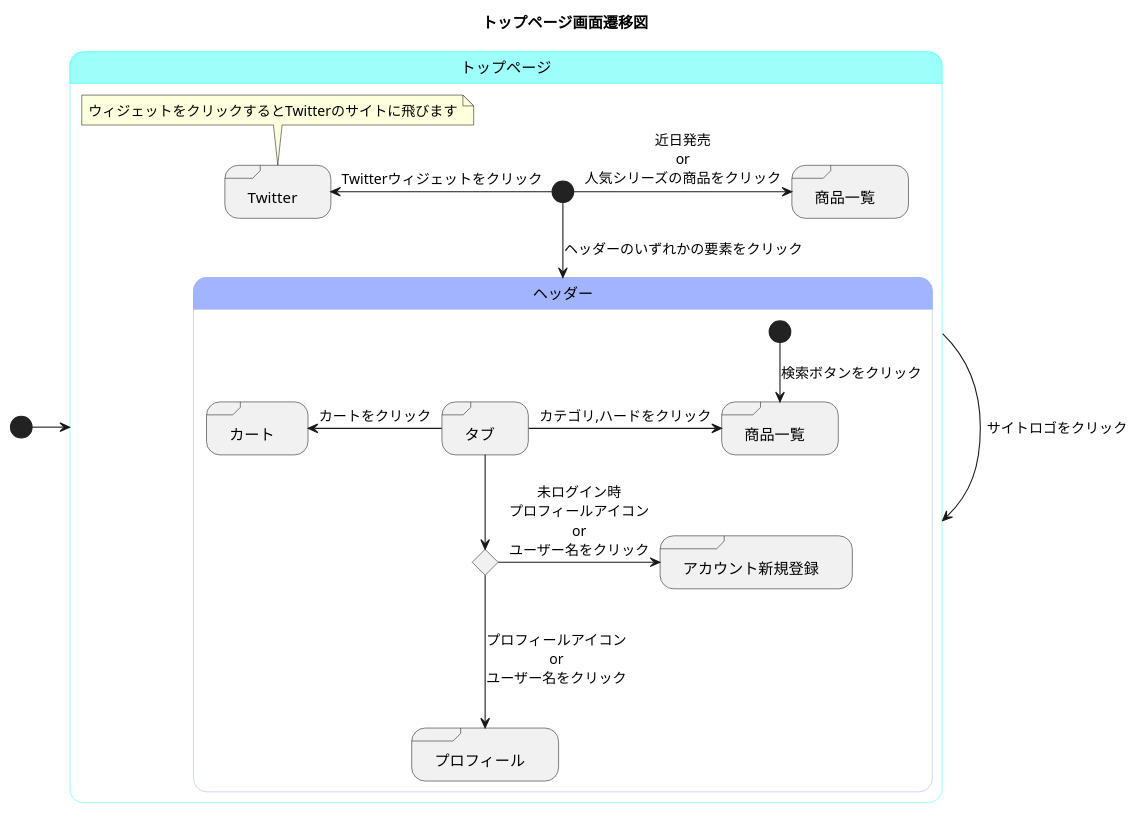
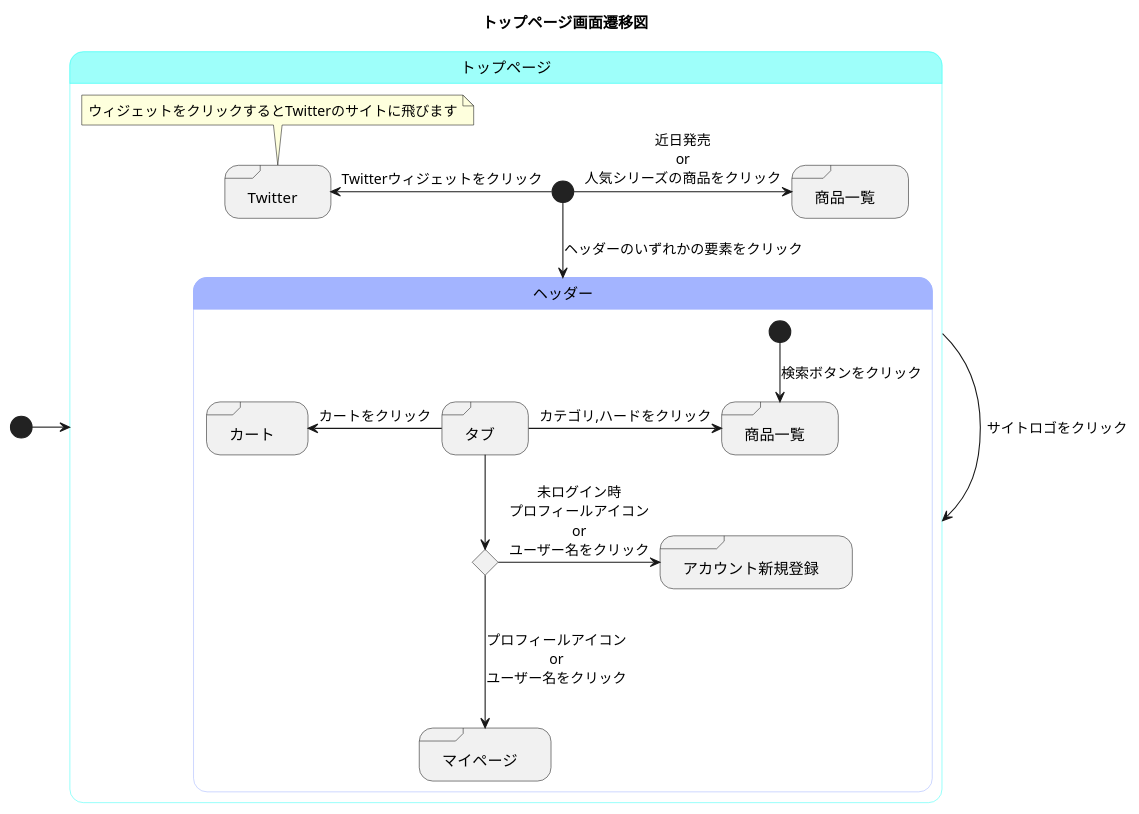
Before and after one commit to akutori/T-D-E: the diagram in メインページ.md, drawn with PlantUML.

Commit message:
名称変更

````diff
--- a/メインページ.md
+++ b/メインページ.md
@@ -1,49 +1,49 @@
 ```uml
 @startuml
 title トップページ画面遷移図
 
 [*]->トップページ
 state トップページ<<mainpage>>{
 
     state "商品一覧" as maintogoods<<sdlreceive>>
     state "Twitter"<<sdlreceive>>
 
     トップページ -> トップページ : サイトロゴをクリック
     [*]-->ヘッダー : ヘッダーのいずれかの要素をクリック
     [*]-> maintogoods : 近日発売\nor\n人気シリーズの商品をクリック
     [*]-left->Twitter : Twitterウィジェットをクリック
     note top of Twitter
         ウィジェットをクリックするとTwitterのサイトに飛びます
     end note
 
     
 
     state ヘッダー<<state_headder>>{
 
         state "タブ" as tab <<sdlreceive>>
         state "カート" as cart <<sdlreceive>>
-        state "プロフィール" as profile <<sdlreceive>>
+        state "マイページ" as profile <<sdlreceive>>
         state "商品一覧" as goods<<sdlreceive>>
         state "アカウント新規登録" as register<<sdlreceive>>
         state input <<choice>>
 
         [*]-->goods : 検索ボタンをクリック
         tab ->goods : カテゴリ,ハードをクリック
         tab -left->cart : カートをクリック
         tab ---> input
         input -> register : 未ログイン時\nプロフィールアイコン\nor\nユーザー名をクリック
         input --->profile : プロフィールアイコン\nor\nユーザー名をクリック
 
 
     }
 }
 
 
 skinparam stateBorderColor<<mainpage>> #40fff5
 state トップページ #9efffa
 
 skinparam stateBorderColor<<state_headder>> #a3b4ff
 state ヘッダー #a3b4ff
 state Twitter #ffcfcf
 @enduml
 ```
````
